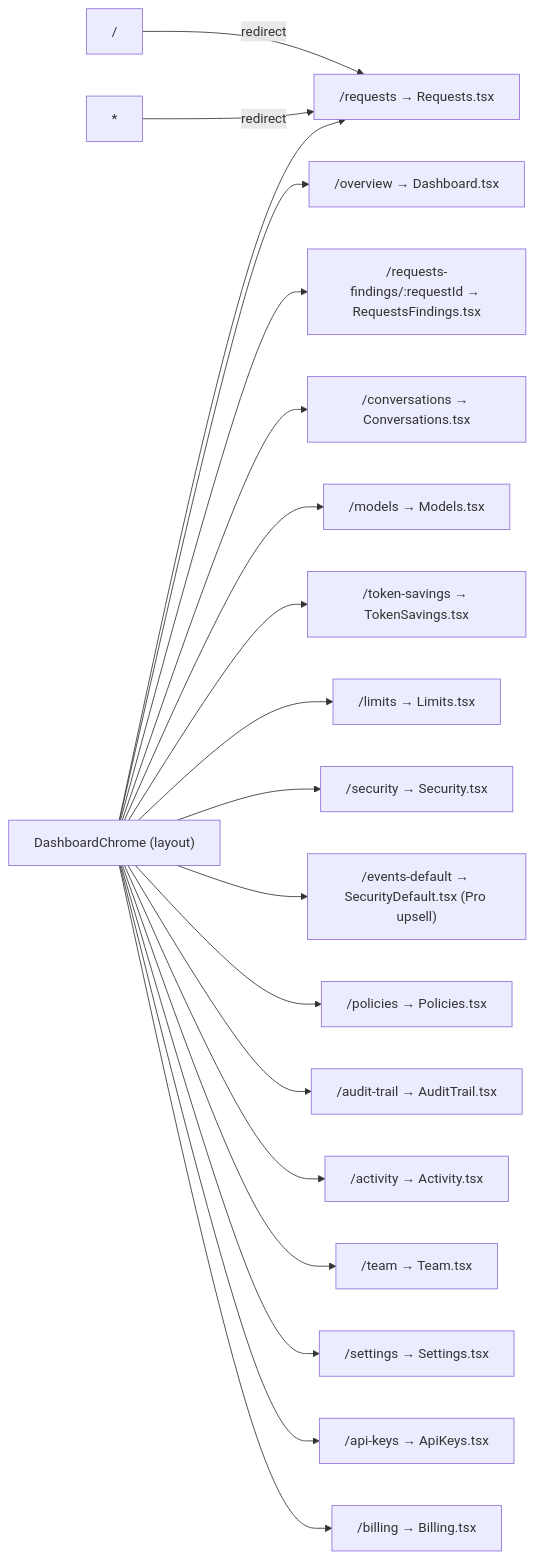
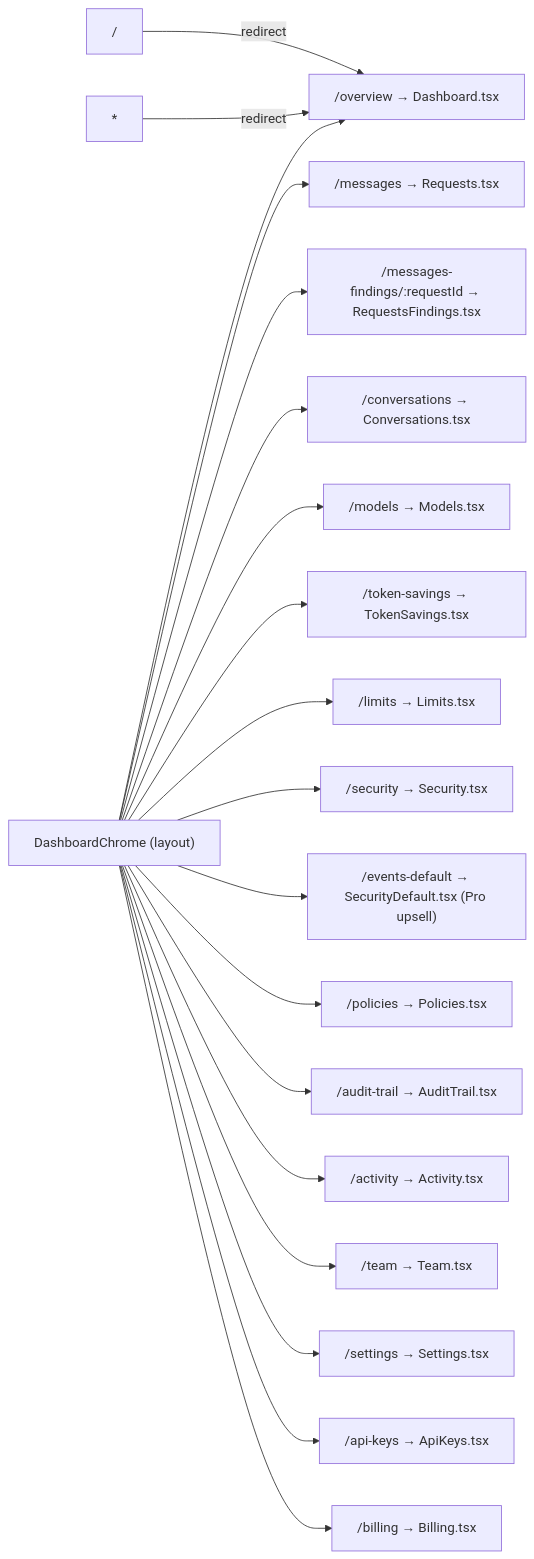
Before and after one commit to Neoneue/gate-ai-build: the first of 4 diagrams in data-model.md, drawn with Mermaid. The commit also changed other lines of this file and 6 other files, not shown here.

````diff
--- a/data-model.md
+++ b/data-model.md
@@ -31,24 +31,24 @@
 ```mermaid
 graph LR
-    ROOT["/"] -->|redirect| REQ["/requests"]
-    WILD["*"] -->|redirect| REQ
+    ROOT["/"] -->|redirect| OV
+    WILD["*"] -->|redirect| OV
 
     LAYOUT["DashboardChrome (layout)"]
 
     LAYOUT --> OV["/overview → Dashboard.tsx"]
-    LAYOUT --> REQ["/requests → Requests.tsx"]
-    LAYOUT --> REQF["/requests-findings/:requestId → RequestsFindings.tsx"]
+    LAYOUT --> REQ["/messages → Requests.tsx"]
+    LAYOUT --> REQF["/messages-findings/:requestId → RequestsFindings.tsx"]
     LAYOUT --> CONV["/conversations → Conversations.tsx"]
     LAYOUT --> MOD["/models → Models.tsx"]
     LAYOUT --> TOK["/token-savings → TokenSavings.tsx"]
     LAYOUT --> LIM["/limits → Limits.tsx"]
     LAYOUT --> SEC["/security → Security.tsx"]
     LAYOUT --> SECDEF["/events-default → SecurityDefault.tsx (Pro upsell)"]
     LAYOUT --> POL["/policies → Policies.tsx"]
     LAYOUT --> AUD["/audit-trail → AuditTrail.tsx"]
     LAYOUT --> ACT["/activity → Activity.tsx"]
     LAYOUT --> TEAM["/team → Team.tsx"]
     LAYOUT --> SET["/settings → Settings.tsx"]
     LAYOUT --> KEYS["/api-keys → ApiKeys.tsx"]
     LAYOUT --> BILL["/billing → Billing.tsx"]
 ```
````
